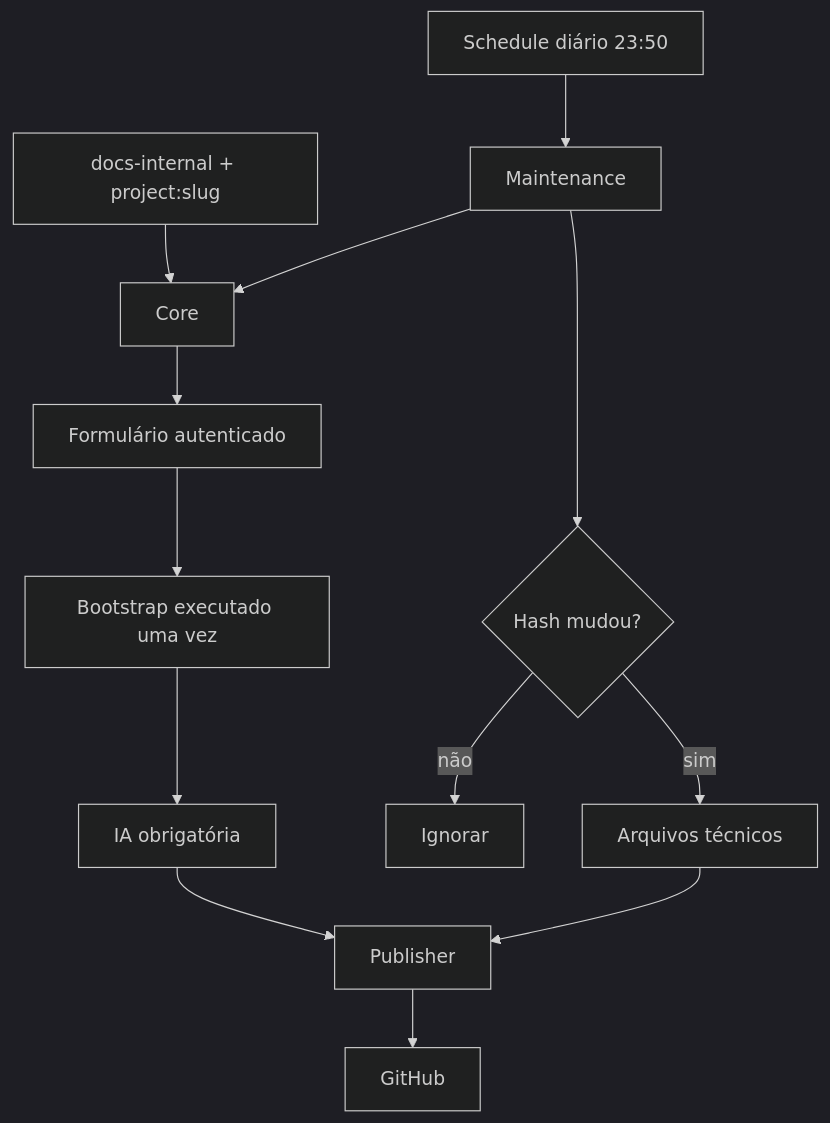
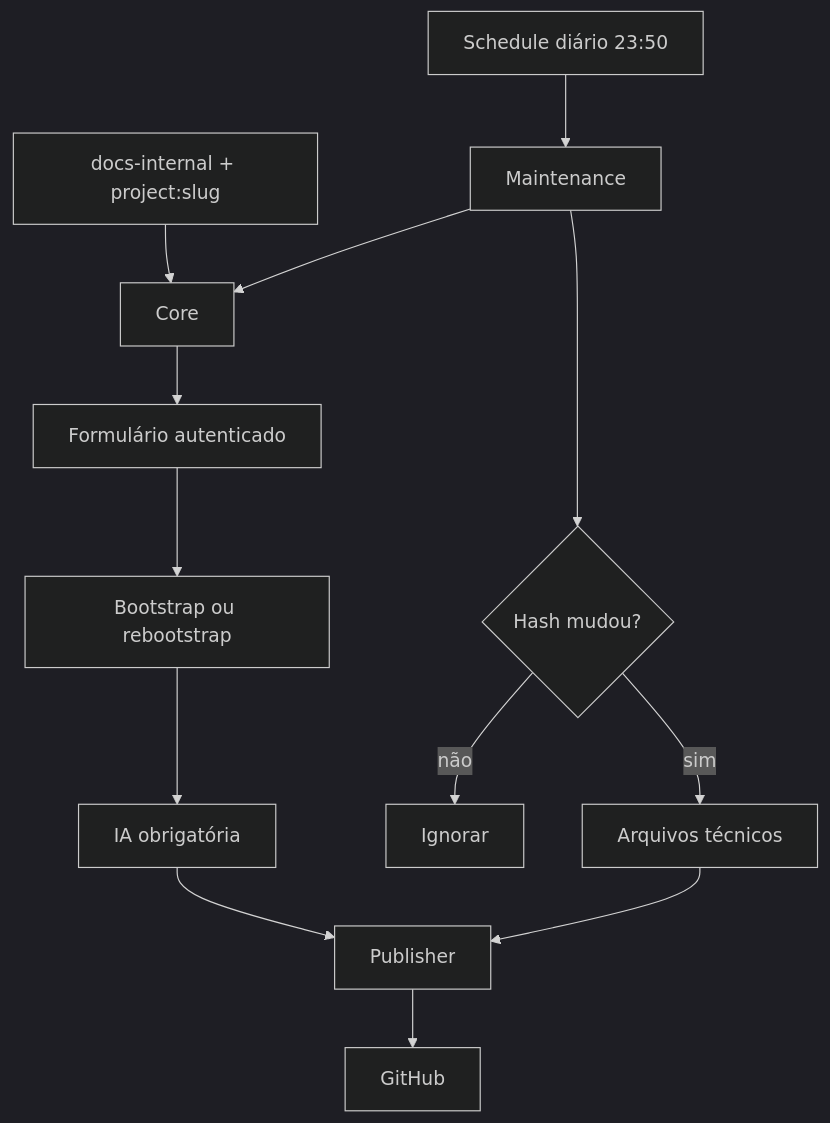
Before and after one commit to jhvlima/n8n-workflows: the diagram in README.md, drawn with Mermaid (dark theme). The commit also changed other lines of this file and 42 other files, not shown here.

````diff
--- a/README.md
+++ b/README.md
@@ -29,16 +41,16 @@
 ```mermaid
 flowchart TD
     T[docs-internal + project:slug] --> C[Core]
     C --> F[Formulário autenticado]
-    F --> B[Bootstrap executado uma vez]
+    F --> B[Bootstrap ou rebootstrap]
     B --> A[IA obrigatória]
     A --> P[Publisher]
     P --> G[GitHub]
 
     S[Schedule diário 23:50] --> M[Maintenance]
     M --> C
     M --> H{Hash mudou?}
     H -->|não| X[Ignorar]
     H -->|sim| Q[Arquivos técnicos]
     Q --> P
 ```
````
